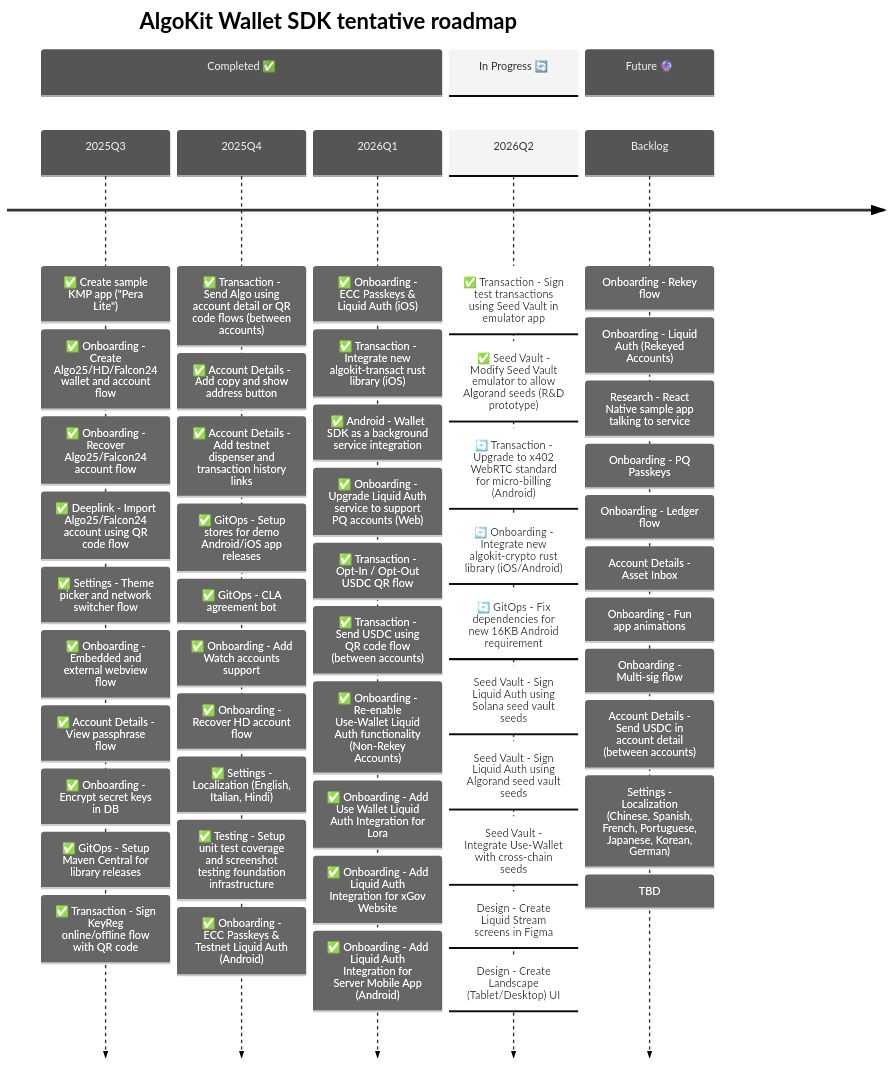
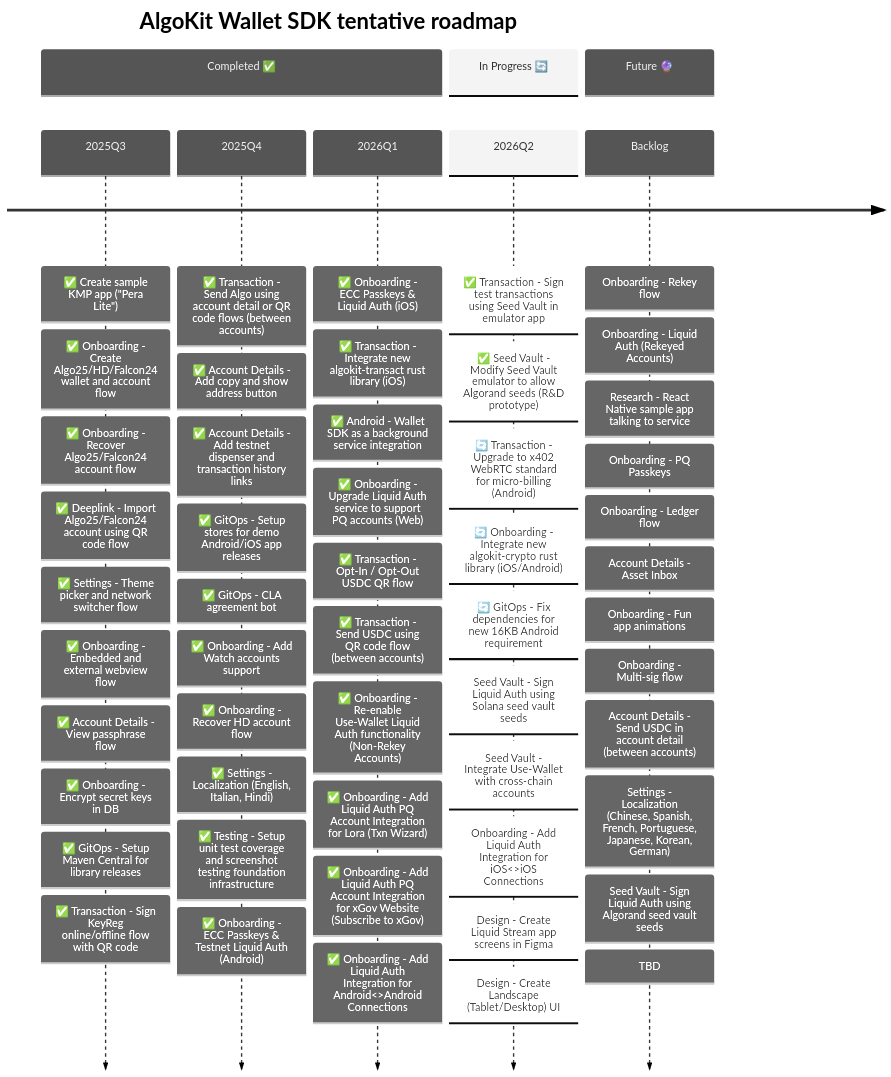
One commit to michaeltchuangllc/algokit-walletsdk-kmp changed the second of 3 diagrams in README.md. Above: the diagram before and after it, drawn with Mermaid. The commit also changed 1 other file, not shown here.

Commit message:
ci: bump up iOS version for liquid stream tab (not supported yet though on iOS) (#269)

````diff
--- a/README.md
+++ b/README.md
@@ -69,68 +69,69 @@
 ```mermaid
 ---
 config:
   theme: 'neutral'
 ---
 timeline
     title AlgoKit Wallet SDK tentative roadmap
 
     section Completed ✅
     2025Q3  : ✅ Create sample KMP app ("Pera Lite")
             : ✅ Onboarding - Create Algo25/HD/Falcon24 wallet and account flow
             : ✅ Onboarding - Recover Algo25/Falcon24 account flow
             : ✅ Deeplink - Import Algo25/Falcon24 account using QR code flow
             : ✅ Settings - Theme picker and network switcher flow
             : ✅ Onboarding - Embedded and external webview flow
             : ✅ Account Details - View passphrase flow
             : ✅ Onboarding - Encrypt secret keys in DB
             : ✅ GitOps - Setup Maven Central for library releases
             : ✅ Transaction - Sign KeyReg online/offline flow with QR code
 
     2025Q4  : ✅ Transaction - Send Algo using account detail or QR code flows (between accounts)
             : ✅ Account Details - Add copy and show address button
             : ✅ Account Details - Add testnet dispenser and transaction history links
             : ✅ GitOps - Setup stores for demo Android/iOS app releases
             : ✅ GitOps - CLA agreement bot
             : ✅ Onboarding - Add Watch accounts support
             : ✅ Onboarding - Recover HD account flow
             : ✅ Settings - Localization (English, Italian, Hindi)
             : ✅ Testing - Setup unit test coverage and screenshot testing foundation infrastructure
             : ✅ Onboarding - ECC Passkeys & Testnet Liquid Auth (Android)
 
     2026Q1  : ✅ Onboarding - ECC Passkeys & Liquid Auth (iOS)
             : ✅ Transaction - Integrate new algokit-transact rust library (iOS)
             : ✅ Android - Wallet SDK as a background service integration
             : ✅ Onboarding - Upgrade Liquid Auth service to support PQ accounts (Web)
             : ✅ Transaction - Opt-In / Opt-Out USDC QR flow
             : ✅ Transaction - Send USDC using QR code flow (between accounts)
             : ✅ Onboarding - Re-enable Use-Wallet Liquid Auth functionality (Non-Rekey Accounts)
-            : ✅ Onboarding - Add Use Wallet Liquid Auth Integration for Lora
-            : ✅ Onboarding - Add Liquid Auth Integration for xGov Website
-            : ✅ Onboarding - Add Liquid Auth Integration for Server Mobile App (Android)
+            : ✅ Onboarding - Add Liquid Auth PQ Account Integration for Lora (Txn Wizard)
+            : ✅ Onboarding - Add Liquid Auth PQ Account Integration for xGov Website (Subscribe to xGov)
+            : ✅ Onboarding - Add Liquid Auth Integration for Android<>Android Connections
 
     section In Progress 🔄
     2026Q2  : ✅ Transaction - Sign test transactions using Seed Vault in emulator app
             : ✅ Seed Vault - Modify Seed Vault emulator to allow Algorand seeds (R&D prototype)
             : 🔄 Transaction - Upgrade to x402 WebRTC standard for micro-billing (Android)
             : 🔄 Onboarding - Integrate new algokit-crypto rust library (iOS/Android)
             : 🔄 GitOps - Fix dependencies for new 16KB Android requirement
             : Seed Vault - Sign Liquid Auth using Solana seed vault seeds
-            : Seed Vault - Sign Liquid Auth using Algorand seed vault seeds
-            : Seed Vault - Integrate Use-Wallet with cross-chain seeds
-            : Design - Create Liquid Stream screens in Figma
+            : Seed Vault - Integrate Use-Wallet with cross-chain accounts
+            : Onboarding - Add Liquid Auth Integration for iOS<>iOS Connections
+            : Design - Create Liquid Stream app screens in Figma
             : Design - Create Landscape (Tablet/Desktop) UI
             
     section Future 🔮
     Backlog
             : Onboarding - Rekey flow
             : Onboarding - Liquid Auth (Rekeyed Accounts)
             : Research - React Native sample app talking to service
             : Onboarding - PQ Passkeys
             : Onboarding - Ledger flow
             : Account Details - Asset Inbox
             : Onboarding - Fun app animations
             : Onboarding - Multi-sig flow
             : Account Details - Send USDC in account detail (between accounts)
             : Settings - Localization (Chinese, Spanish, French, Portuguese, Japanese, Korean, German)
+            : Seed Vault - Sign Liquid Auth using Algorand seed vault seeds
             : TBD
 ```
````
